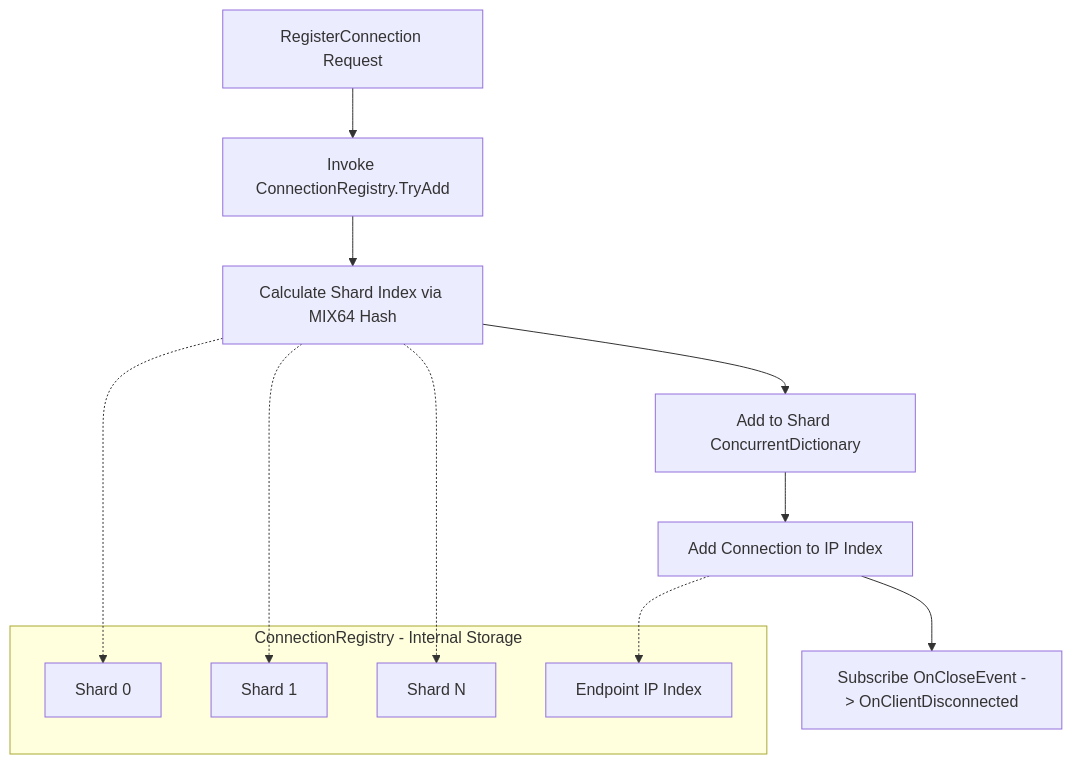
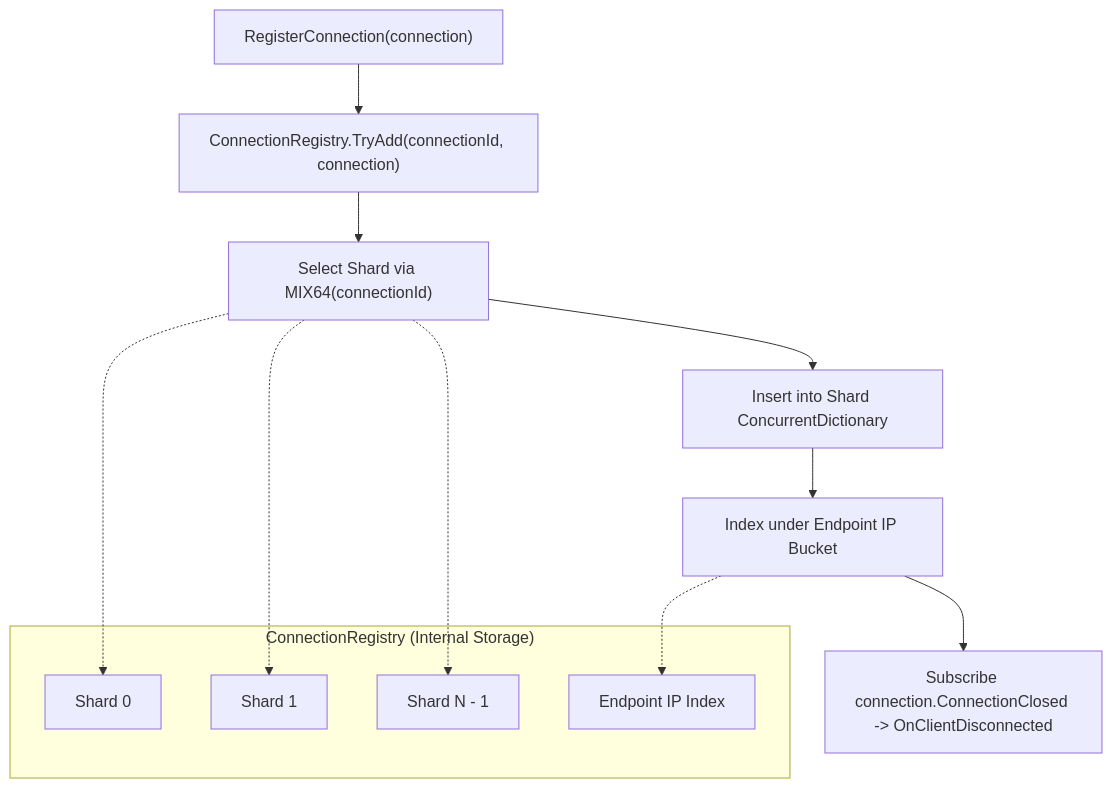
The diagram in src/content/docs/en-us/api/network/connection/connection-hub.md (ppn-systems/nalix-docs), drawn with Mermaid before and after one commit. The commit also changed other lines of this file and 180 other files, not shown here.

````diff
--- a/src/content/docs/en-us/api/network/connection/connection-hub.md
+++ b/src/content/docs/en-us/api/network/connection/connection-hub.md
@@ -32,20 +26,20 @@
 ```mermaid
 flowchart TD
-    Req[RegisterConnection Request] --> Reg[Invoke ConnectionRegistry.TryAdd]
-    Reg --> ShardIdx[Calculate Shard Index via MIX64 Hash]
-    ShardIdx --> AddShard[Add to Shard ConcurrentDictionary]
-    AddShard --> TrackEP[Add Connection to IP Index]
-    TrackEP --> Event[Subscribe OnCloseEvent -> OnClientDisconnected]
+    Req["RegisterConnection(connection)"] --> Reg["ConnectionRegistry.TryAdd(connectionId, connection)"]
+    Reg --> ShardIdx["Select Shard via MIX64(connectionId)"]
+    ShardIdx --> AddShard["Insert into Shard ConcurrentDictionary<ulong, IConnection>"]
+    AddShard --> TrackEP["Index under Endpoint IP Bucket"]
+    TrackEP --> Sub["Subscribe connection.ConnectionClosed -> OnClientDisconnected"]
 
-    subgraph Registry[ConnectionRegistry - Internal Storage]
-        Shard0[Shard 0]
-        Shard1[Shard 1]
-        ShardN[Shard N]
-        EPIndex[Endpoint IP Index]
+    subgraph Registry["ConnectionRegistry (Internal Storage)"]
+        Shard0["Shard 0"]
+        Shard1["Shard 1"]
+        ShardN["Shard N - 1"]
+        EPIndex["Endpoint IP Index"]
     end
 
     ShardIdx -.-> Shard0
     ShardIdx -.-> Shard1
     ShardIdx -.-> ShardN
     TrackEP -.-> EPIndex
 ```
````
